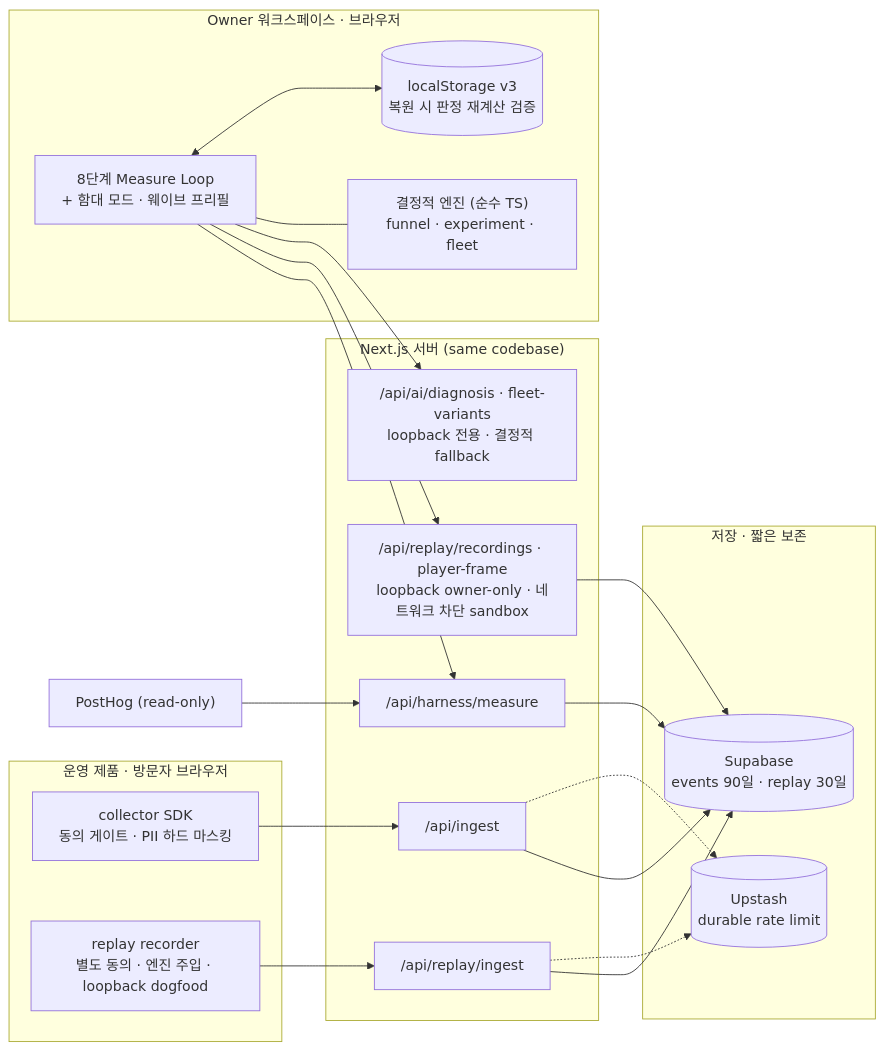
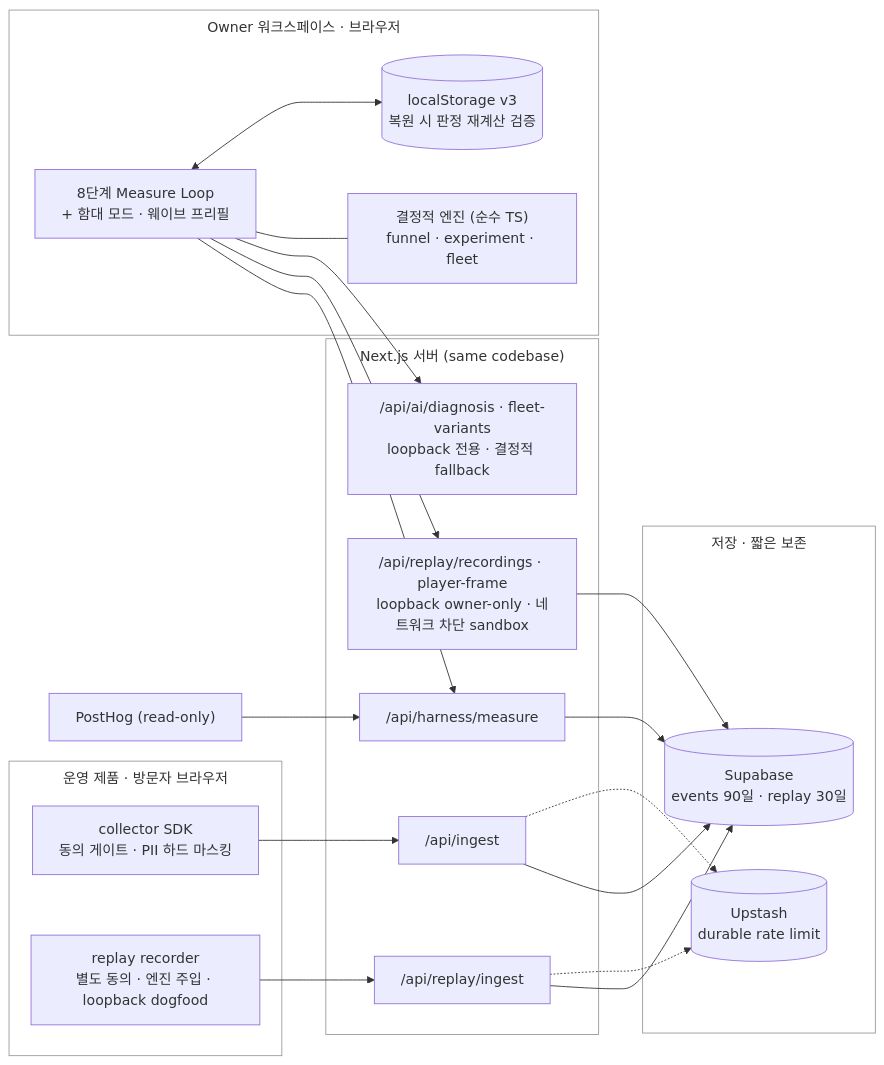
Before and after one commit to Power-xc/ux-measure-lab: the second of 2 diagrams in README.md, drawn with Mermaid. The commit also changed other lines of this file, not shown here.

Commit message:
docs: restyle architecture diagram layers and rename rationale headings

````diff
--- a/README.md
+++ b/README.md
@@ -226,34 +226,41 @@
 ```mermaid
+%%{init: {"flowchart": {"subGraphTitleMargin": {"top": 8, "bottom": 8}}}}%%
+
 flowchart LR
   subgraph Visitor["운영 제품 · 방문자 브라우저"]
     SDK["collector SDK<br/>동의 게이트 · PII 하드 마스킹"]
     REC["replay recorder<br/>별도 동의 · 엔진 주입 · loopback dogfood"]
   end
   subgraph API["Next.js 서버 (same codebase)"]
     ING["/api/ingest"]
     RING["/api/replay/ingest"]
     MEAS["/api/harness/measure"]
     RREAD["/api/replay/recordings · player-frame<br/>loopback owner-only · 네트워크 차단 sandbox"]
     AIR["/api/ai/diagnosis · fleet-variants<br/>loopback 전용 · 결정적 fallback"]
   end
   subgraph Store["저장 · 짧은 보존"]
     SB[("Supabase<br/>events 90일 · replay 30일")]
     UP[("Upstash<br/>durable rate limit")]
   end
   subgraph Owner["Owner 워크스페이스 · 브라우저"]
     WS["8단계 Measure Loop<br/>+ 함대 모드 · 웨이브 프리필"]
     ENG["결정적 엔진 (순수 TS)<br/>funnel · experiment · fleet"]
     LS[("localStorage v3<br/>복원 시 판정 재계산 검증")]
   end
   PH["PostHog (read-only)"]
   SDK --> ING --> SB
   REC --> RING --> SB
   ING -.-> UP
   RING -.-> UP
   WS --> MEAS --> SB
   PH --> MEAS
   WS --> RREAD --> SB
   WS --> AIR
   WS --- ENG
   WS <--> LS
+
+  style Visitor fill:transparent,stroke:#999,stroke-width:1px
+  style API fill:transparent,stroke:#999,stroke-width:1px
+  style Store fill:transparent,stroke:#999,stroke-width:1px
+  style Owner fill:transparent,stroke:#999,stroke-width:1px
 ```
````
